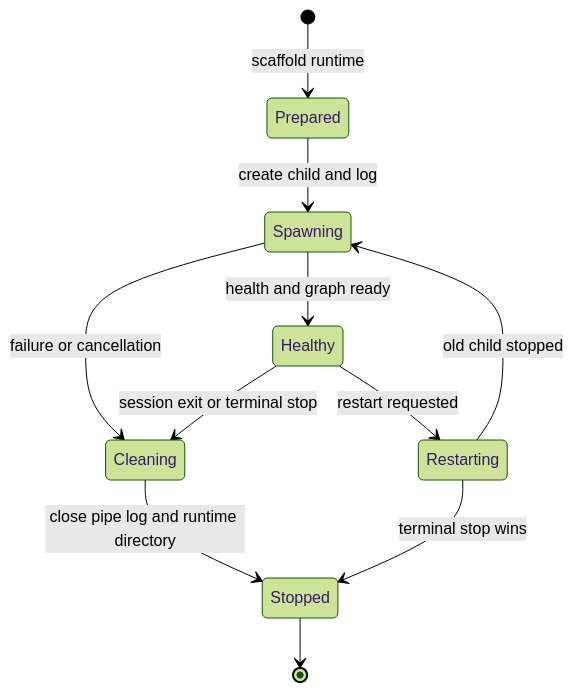
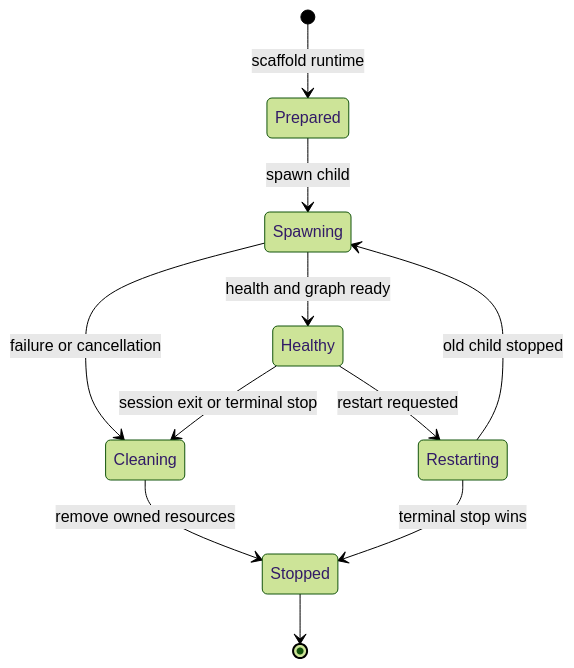
The third of 3 diagrams in openwiki/workflows/run-dcode-session.md (langchain-ai/deepagents), drawn with Mermaid (forest theme) before and after one commit. The commit also changed other lines of this file and 33 other files, not shown here.

````diff
--- a/openwiki/workflows/run-dcode-session.md
+++ b/openwiki/workflows/run-dcode-session.md
@@ -145,13 +134,13 @@
 ```mermaid
 stateDiagram-v2
     [*] --> Prepared: scaffold runtime
-    Prepared --> Spawning: create child and log
+    Prepared --> Spawning: spawn child
     Spawning --> Healthy: health and graph ready
     Spawning --> Cleaning: failure or cancellation
     Healthy --> Restarting: restart requested
     Restarting --> Spawning: old child stopped
     Healthy --> Cleaning: session exit or terminal stop
-    Cleaning --> Stopped: close pipe log and runtime directory
+    Cleaning --> Stopped: remove owned resources
     Restarting --> Stopped: terminal stop wins
     Stopped --> [*]
 ```
````
